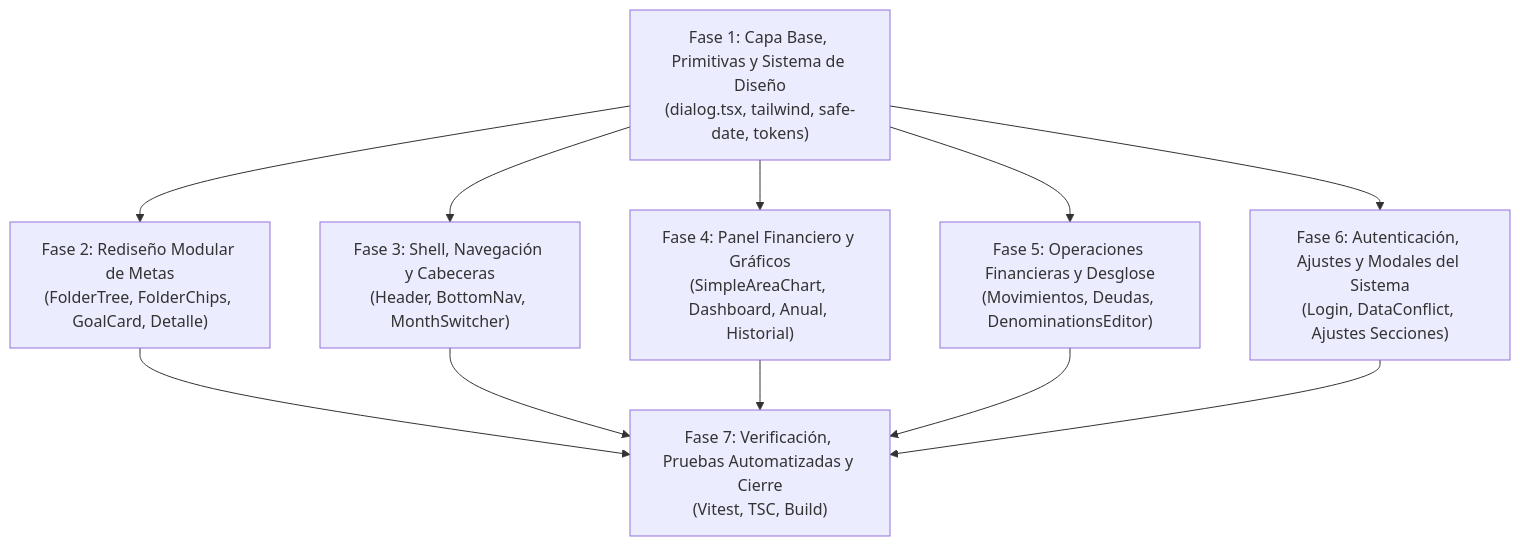
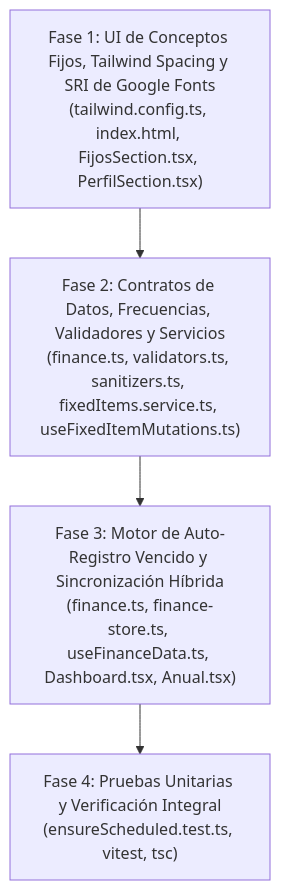
One commit to migol-dev/finance-pal changed the diagram in .agent/task.md. Above: the diagram before and after it, drawn with Mermaid. The commit also changed other lines of this file, not shown here.

Commit message:
docs(agent): actualizar plan arquitectonico de Conceptos Fijos en .agent/task.md

````diff
--- a/.agent/task.md
+++ b/.agent/task.md
@@ -25,17 +89,9 @@
 ```mermaid
 flowchart TD
-    F1["Fase 1: Capa Base, Primitivas y Sistema de Diseño\n(dialog.tsx, tailwind, safe-date, tokens)"]
-    F2["Fase 2: Rediseño Modular de Metas\n(FolderTree, FolderChips, GoalCard, Detalle)"]
-    F3["Fase 3: Shell, Navegación y Cabeceras\n(Header, BottomNav, MonthSwitcher)"]
-    F4["Fase 4: Panel Financiero y Gráficos\n(SimpleAreaChart, Dashboard, Anual, Historial)"]
-    F5["Fase 5: Operaciones Financieras y Desglose\n(Movimientos, Deudas, DenominationsEditor)"]
-    F6["Fase 6: Autenticación, Ajustes y Modales del Sistema\n(Login, DataConflict, Ajustes Secciones)"]
-    F7["Fase 7: Verificación, Pruebas Automatizadas y Cierre\n(Vitest, TSC, Build)"]
+    F1["Fase 1: UI de Conceptos Fijos, Tailwind Spacing y SRI de Google Fonts\n(tailwind.config.ts, index.html, FijosSection.tsx, PerfilSection.tsx)"]
+    F2["Fase 2: Contratos de Datos, Frecuencias, Validadores y Servicios\n(finance.ts, validators.ts, sanitizers.ts, fixedItems.service.ts, useFixedItemMutations.ts)"]
+    F3["Fase 3: Motor de Auto-Registro Vencido y Sincronización Híbrida\n(finance.ts, finance-store.ts, useFinanceData.ts, Dashboard.tsx, Anual.tsx)"]
+    F4["Fase 4: Pruebas Unitarias y Verificación Integral\n(ensureScheduled.test.ts, vitest, tsc)"]
 
-    F1 --> F2
-    F1 --> F3
-    F1 --> F4
-    F1 --> F5
-    F1 --> F6
-    F2 & F3 & F4 & F5 & F6 --> F7
+    F1 --> F2 --> F3 --> F4
 ```
````
